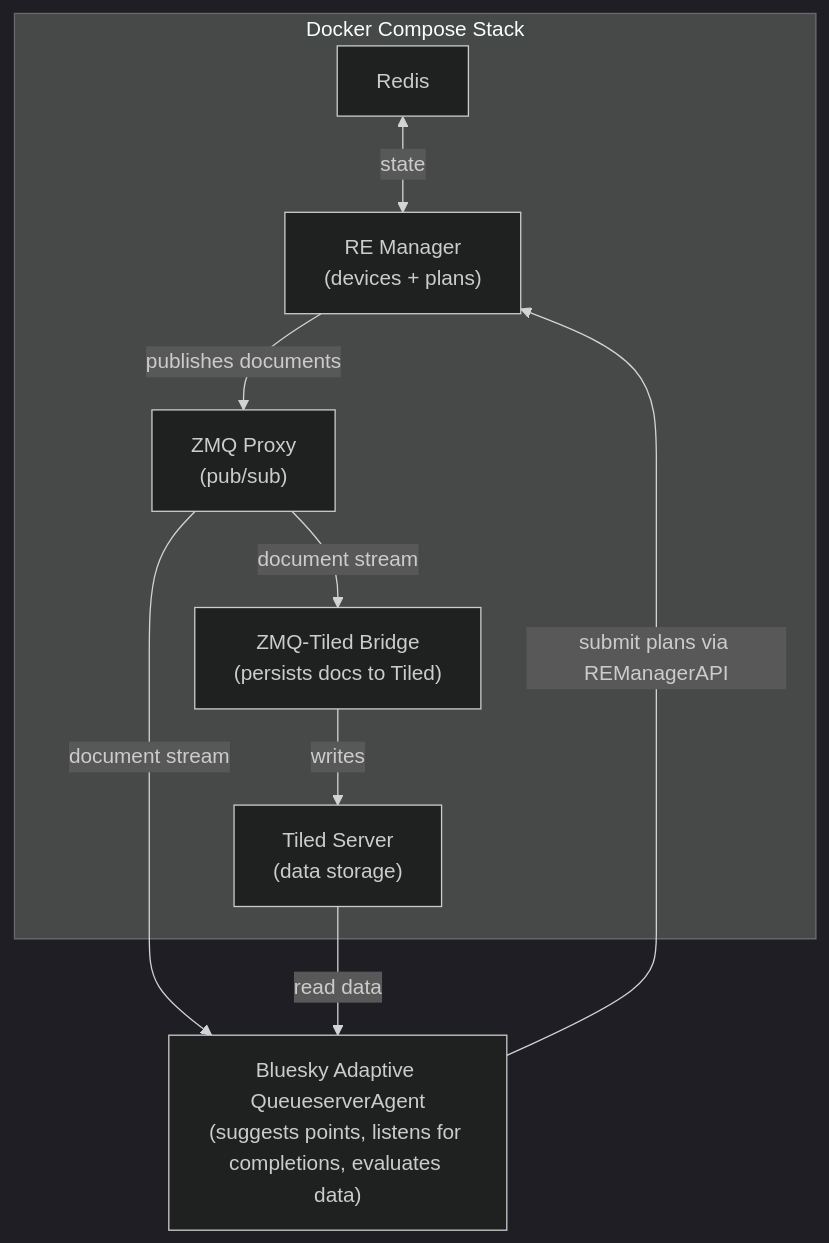
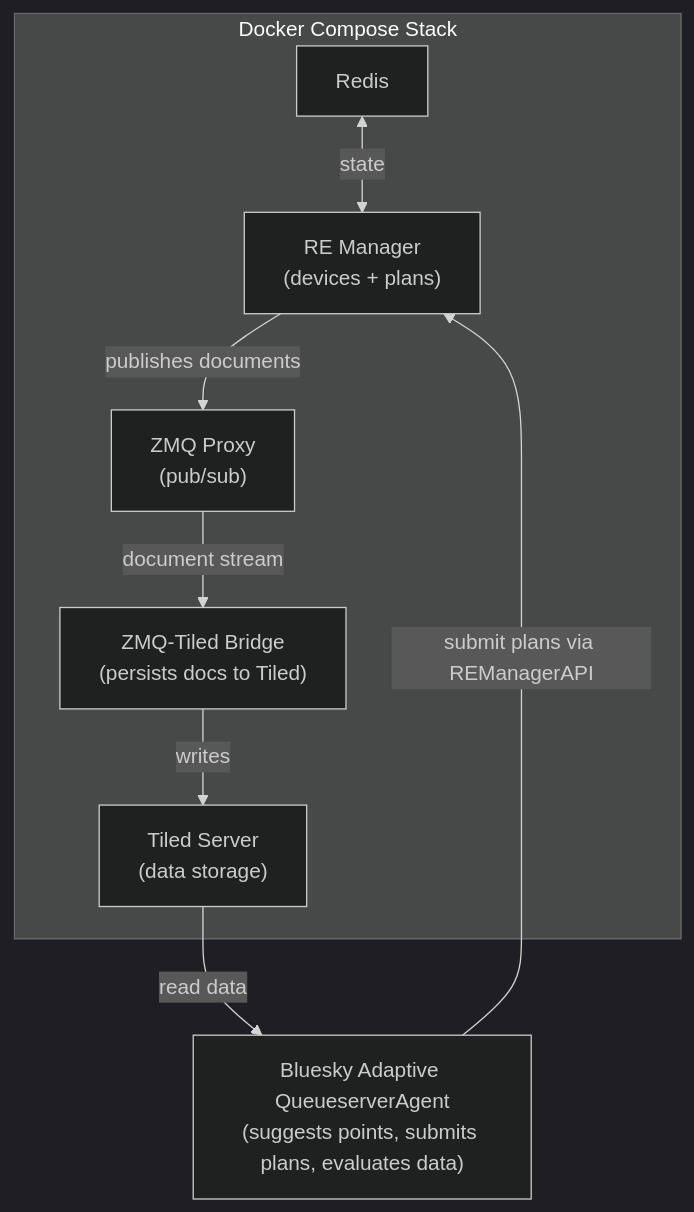
Before and after one commit to bluesky/bluesky-adaptive: the diagram in docs/source/tutorials/queueserver.md, drawn with Mermaid (dark theme). The commit also changed other lines of this file and 10 other files, not shown here.

````diff
--- a/docs/source/tutorials/queueserver.md
+++ b/docs/source/tutorials/queueserver.md
@@ -34,21 +34,20 @@
 ```{mermaid}
 flowchart
     subgraph docker["Docker Compose Stack"]
         redis["Redis"]
         rem["RE Manager<br/>(devices + plans)"]
         zmqp["ZMQ Proxy<br/>(pub/sub)"]
         bridge["ZMQ-Tiled Bridge<br/>(persists docs to Tiled)"]
         tiled["Tiled Server<br/>(data storage)"]
 
         redis <-->|state| rem
         rem -->|publishes documents| zmqp
         zmqp -->|document stream| bridge
         bridge -->|writes| tiled
     end
 
-    agent["Bluesky Adaptive QueueserverAgent<br/>(suggests points, listens for completions, evaluates data)"]
+    agent["Bluesky Adaptive QueueserverAgent<br/>(suggests points, submits plans, evaluates data)"]
 
     agent -->|submit plans via REManagerAPI| rem
-    zmqp -->|document stream| agent
     tiled -->|read data| agent
 ```
````
